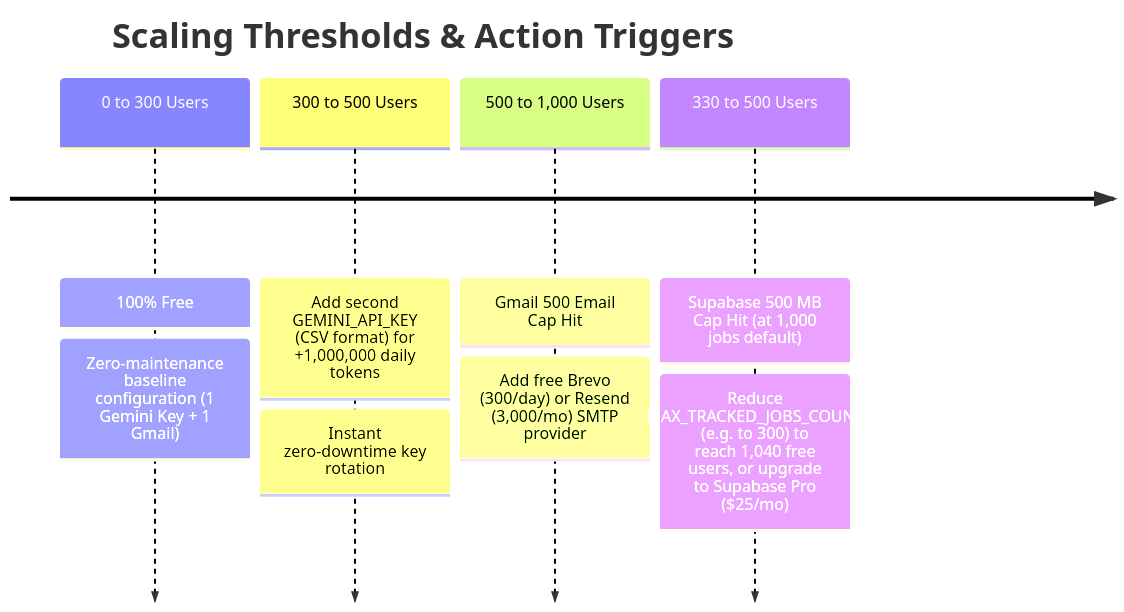
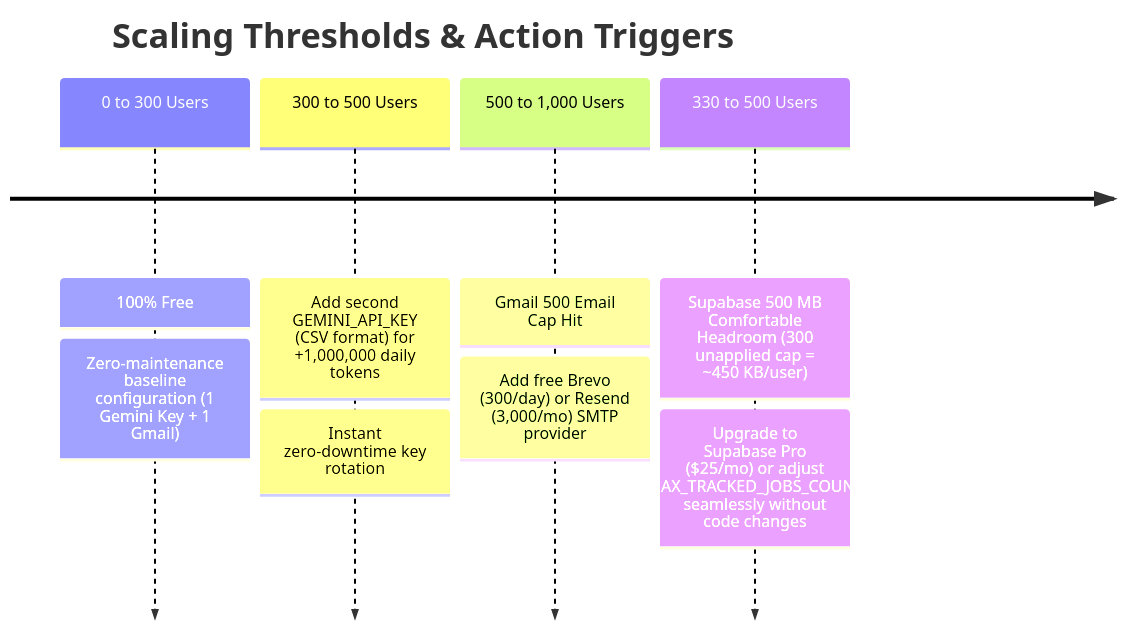
One commit to tanish-jain-225/job-hunter changed the second of 2 diagrams in docs/METRICS.md. Above: the diagram before and after it, drawn with Mermaid. The commit also changed other lines of this file and 32 other files, not shown here.

````diff
--- a/docs/METRICS.md
+++ b/docs/METRICS.md
@@ -125,12 +126,12 @@
 ```mermaid
 timeline
     title Scaling Thresholds & Action Triggers
     0 to 300 Users : 100% Free
                    : Zero-maintenance baseline configuration (1 Gemini Key + 1 Gmail)
     300 to 500 Users : Add second GEMINI_API_KEY (CSV format) for +1,000,000 daily tokens
                      : Instant zero-downtime key rotation
     500 to 1,000 Users : Gmail 500 Email Cap Hit
                        : Add free Brevo (300/day) or Resend (3,000/mo) SMTP provider
-    330 to 500 Users : Supabase 500 MB Cap Hit (at 1,000 jobs default)
-                     : Reduce MAX_TRACKED_JOBS_COUNT (e.g. to 300) to reach 1,040 free users, or upgrade to Supabase Pro ($25/mo)
+    330 to 500 Users : Supabase 500 MB Comfortable Headroom (300 unapplied cap = ~450 KB/user)
+                     : Upgrade to Supabase Pro ($25/mo) or adjust MAX_TRACKED_JOBS_COUNT seamlessly without code changes
 ```
````
